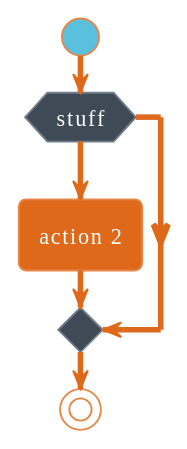
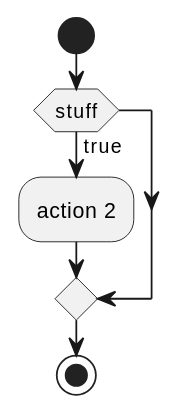
Before and after one commit to UPPMAX/programming_formalisms_intro: the diagram in doc/intro.md, drawn with PlantUML. The commit also changed other lines of this file, not shown here.

````diff
--- a/doc/intro.md
+++ b/doc/intro.md
@@ -271,11 +271,10 @@
 ```{uml}
 @startuml
-!theme superhero
 start
 if (stuff) then (true) 
    :action 2;
 endif
 
 stop
 @enduml
 ```
````
